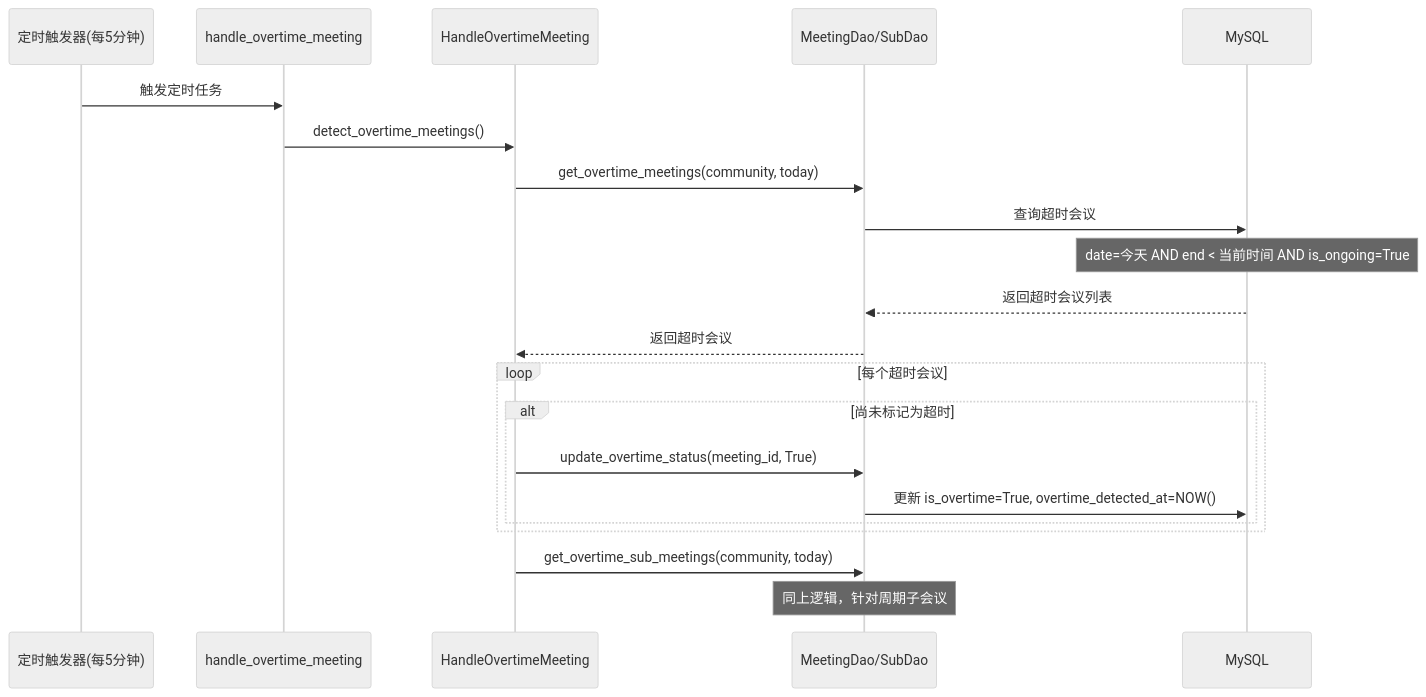
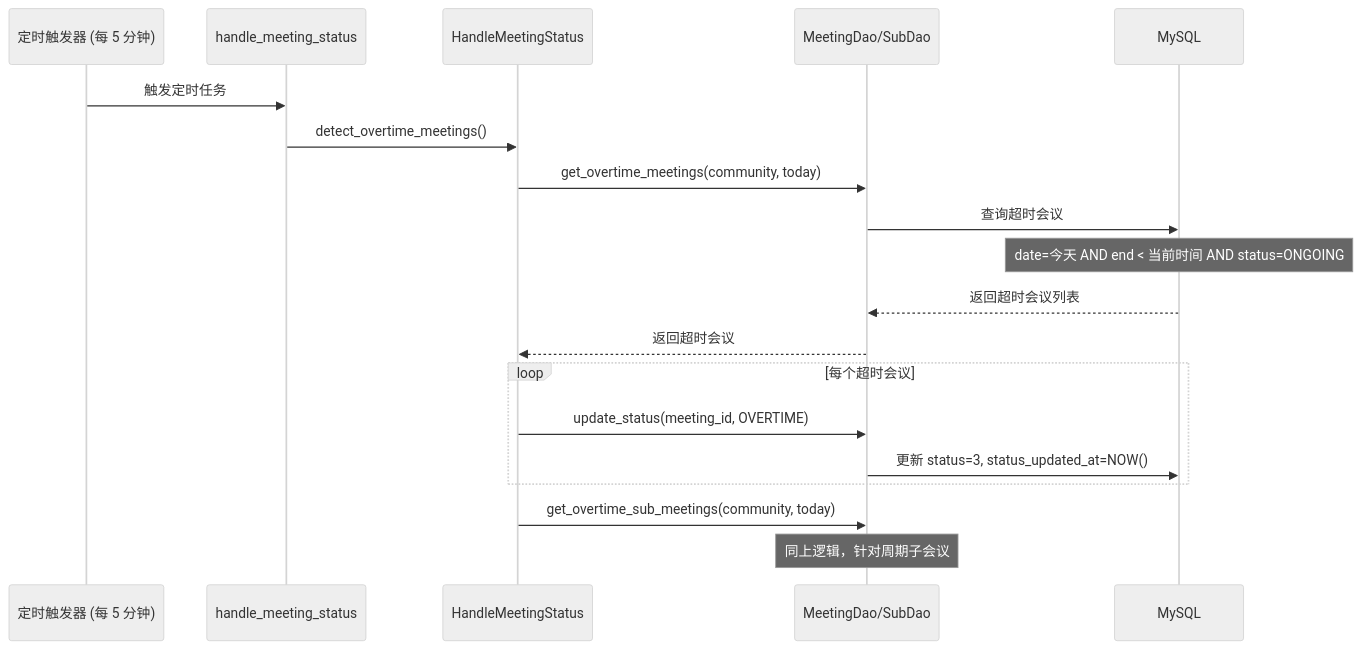
Before and after one commit to GeorgeCao-hw/backlog-test: the third of 5 diagrams in opensourceways/issue_docs/100/Architecture Design/#100 Architecture Design Specification.md, drawn with Mermaid (neutral theme). The commit also changed other lines of this file and 1 other file, not shown here.

````diff
--- a/opensourceways/issue_docs/100/Architecture Design/#100 Architecture Design Specification.md
+++ b/opensourceways/issue_docs/100/Architecture Design/#100 Architecture Design Specification.md
@@ -167,27 +156,25 @@
 ```mermaid
 sequenceDiagram
-    participant Cron as 定时触发器(每5分钟)
-    participant Cmd as handle_overtime_meeting
-    participant Handler as HandleOvertimeMeeting
+    participant Cron as 定时触发器 (每 5 分钟)
+    participant Cmd as handle_meeting_status
+    participant Handler as HandleMeetingStatus
     participant DAO as MeetingDao/SubDao
     participant DB as MySQL
 
     Cron->>Cmd: 触发定时任务
     Cmd->>Handler: detect_overtime_meetings()
 
     Handler->>DAO: get_overtime_meetings(community, today)
     DAO->>DB: 查询超时会议
-    Note over DB: date=今天 AND end < 当前时间 AND is_ongoing=True
+    Note over DB: date=今天 AND end < 当前时间 AND status=ONGOING
     DB-->>DAO: 返回超时会议列表
     DAO-->>Handler: 返回超时会议
 
     loop 每个超时会议
-        alt 尚未标记为超时
-            Handler->>DAO: update_overtime_status(meeting_id, True)
-            DAO->>DB: 更新 is_overtime=True, overtime_detected_at=NOW()
-        end
+        Handler->>DAO: update_status(meeting_id, OVERTIME)
+        DAO->>DB: 更新 status=3, status_updated_at=NOW()
     end
 
     Handler->>DAO: get_overtime_sub_meetings(community, today)
     Note over DAO: 同上逻辑，针对周期子会议
 ```
````
